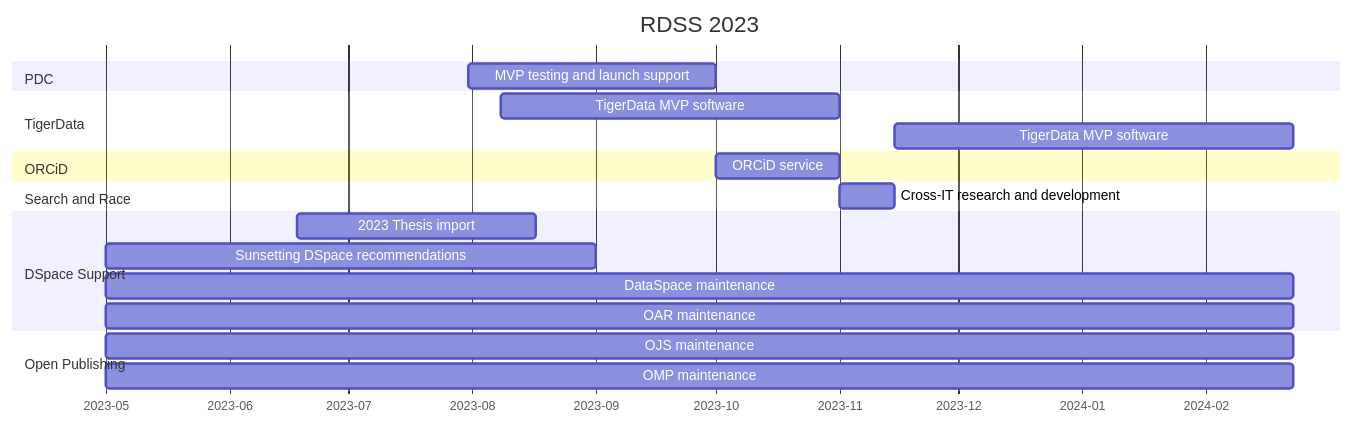
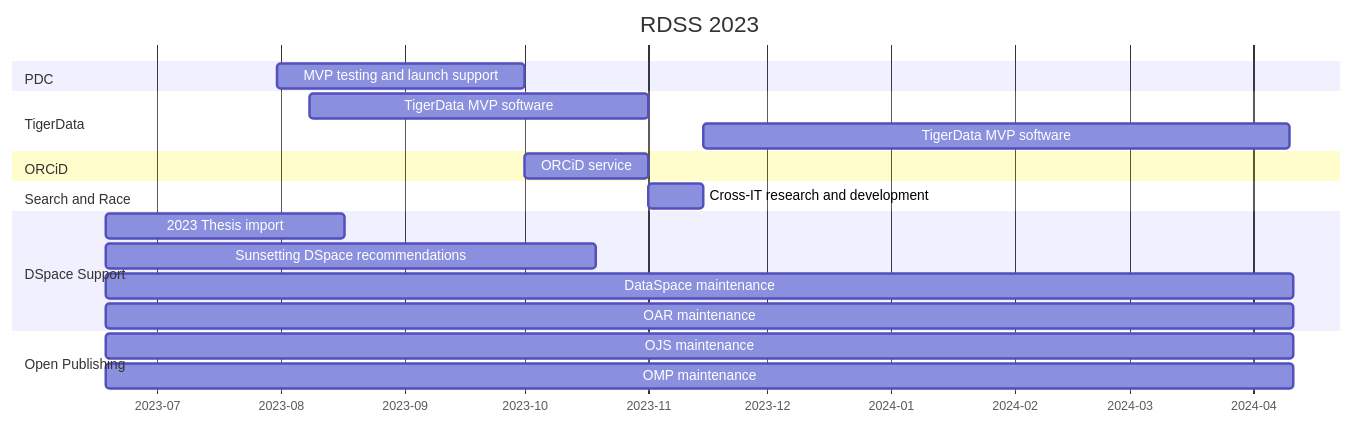
One commit to pulibrary/rdss-handbook changed the first of 31 diagrams in roadmap.md. Above: the diagram before and after it, drawn with Mermaid.

Commit message:
Removed May and June 2023

````diff
--- a/roadmap.md
+++ b/roadmap.md
@@ -5,23 +5,23 @@
 ```mermaid
 gantt
     title RDSS 2023
     axisFormat  %Y-%m
     dateformat YYYY-MM
     section PDC
     MVP testing and launch support: pd2,2023-07-31,62d
     section TigerData
     TigerData MVP software: td1,2023-08-08,85d
-    TigerData MVP software: td2,2023-11-15,100d
+    TigerData MVP software: td2,2023-11-15,147d
     section ORCiD
     ORCiD service: pd3,2023-10-01,31d
     section Search and Race
     Cross-IT research and development: sar1,2023-11-01,14d
     section DSpace Support
     2023 Thesis import: dsp1,2023-06-18,60d
-    Sunsetting DSpace recommendations: dsp2,2023-05-01,123d
-    DataSpace maintenance: dsp3,2023-05-01,298d
-    OAR maintenance: dsp4,2023-05-01,298d
+    Sunsetting DSpace recommendations: dsp2,2023-06-18,123d
+    DataSpace maintenance: dsp3,2023-06-18,298d
+    OAR maintenance: dsp4,2023-06-18,298d
     section Open Publishing
-    OJS maintenance: op1,2023-05-01,298d
-    OMP maintenance: op2,2023-05-01,298d
+    OJS maintenance: op1,2023-06-18,298d
+    OMP maintenance: op2,2023-06-18,298d
 ```
````
